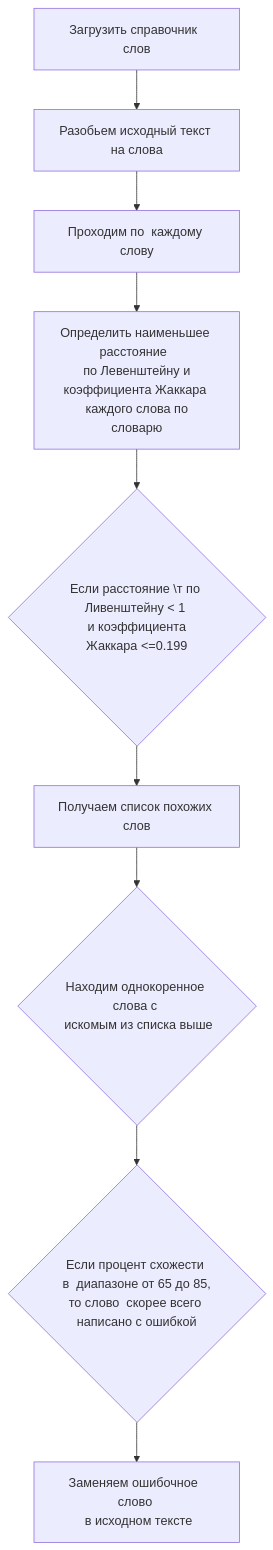
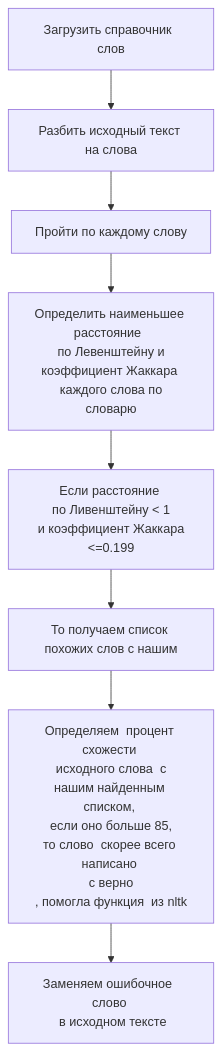
The diagram in README.MD (Barolina/search_spelling_errors), drawn with Mermaid before and after one commit. The commit also changed other lines of this file, not shown here.

````diff
--- a/README.MD
+++ b/README.MD
@@ -23,22 +23,20 @@
 ```mermaid
 flowchart TB
 	A[Загрузить справочник  слов]
-	B[Разобьем исходный текст на слова]
-	C[Проходим по  каждому слову]		
-	M[Определить наименьшее расстояние  \n по Левенштейну и коэффициента Жаккара \n каждого слова по словарю]
-	D{Если расстояние \т по Ливенштейну < 1 \n и коэффициента Жаккара <=0.199}
-	H[Получаем список похожих слов]
-	J{Находим однокоренное слова с \n искомым из списка выше}
-	K{Если процент схожести \n в  диапазоне от 65 до 85, \n то слово  скорее всего  написано с ошибкой}
+	B[Разбить исходный текст на слова]
+	C[Пройти по  каждому слову]		
+	M[Определить наименьшее расстояние  \n по Левенштейну и коэффициент Жаккара \n каждого слова по словарю]
+	D[Если расстояние \n по Ливенштейну < 1 \n и коэффициент Жаккара <=0.199]
+	H[То получаем список похожих слов с нашим]	
+	K[Определяем  процент схожести \n исходного слова  с нашим найденным списком, \n если оно больше 85, \n то слово  скорее всего  написано \n с верно \n, помогла функция  из nltk]
 	L[Заменяем ошибочное  слово \n в исходном тексте]
 	A --> B
 	B --> C	 	
 	C --> M	
 	M --> D
 	D --> H	
-	H --> J
-	J --> K	
+	H --> K	
 	K --> L
 	
 
 ```
````
